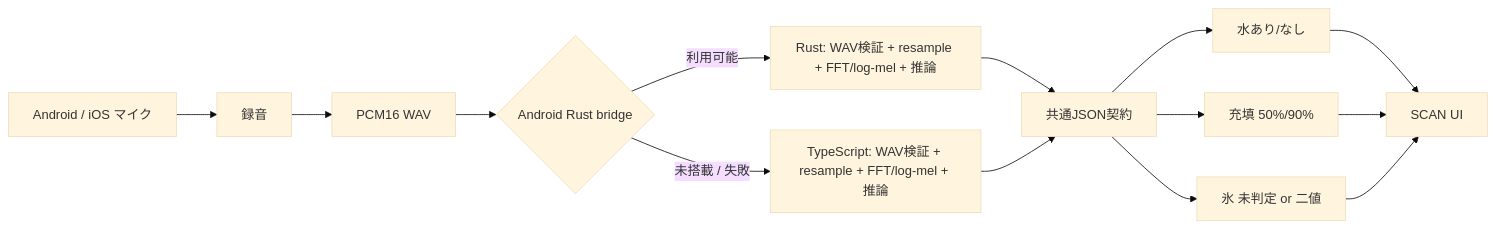
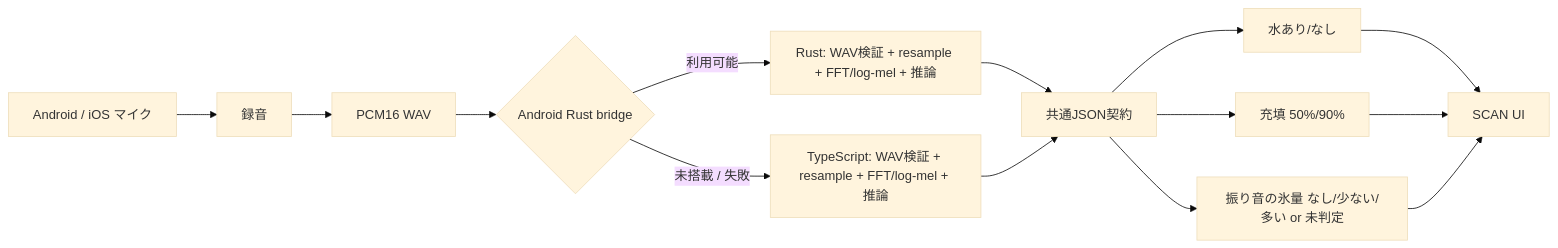
Before and after one commit to nitr0yukkuri/coldkeep: the first of 2 diagrams in U22_ARCHITECTURE.md, drawn with Mermaid (base theme). The commit also changed other lines of this file and 11 other files, not shown here.

````diff
--- a/U22_ARCHITECTURE.md
+++ b/U22_ARCHITECTURE.md
@@ -5,16 +5,16 @@
 ```mermaid
 flowchart LR
   A[Android / iOS マイク] --> B[録音]
   B --> C[PCM16 WAV]
   C --> D{Android Rust bridge}
   D -->|利用可能| E[Rust: WAV検証 + resample + FFT/log-mel + 推論]
   D -->|未搭載 / 失敗| F[TypeScript: WAV検証 + resample + FFT/log-mel + 推論]
   E --> G[共通JSON契約]
   F --> G
   G --> H[水あり/なし]
   G --> I[充填 50%/90%]
-  G --> J[氷 未判定 or 二値]
+  G --> J[振り音の氷量 なし/少ない/多い or 未判定]
   H --> K[SCAN UI]
   I --> K
   J --> K
 ```
````
